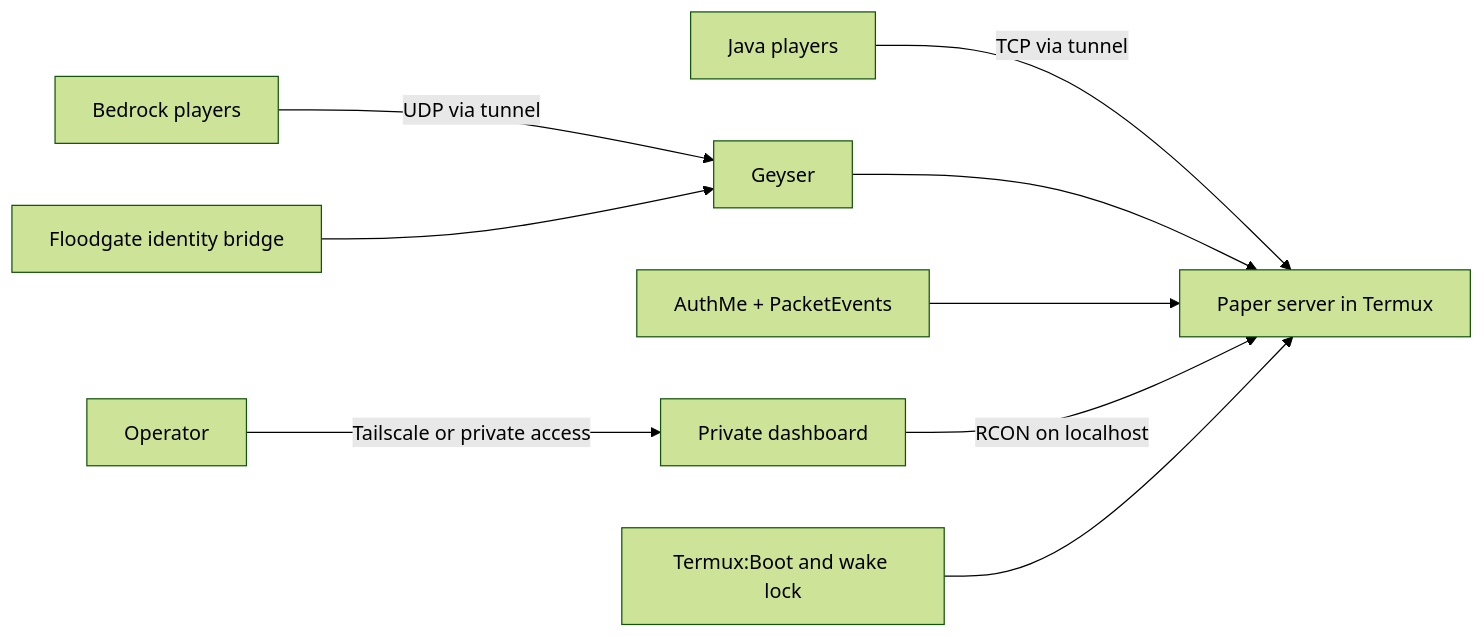
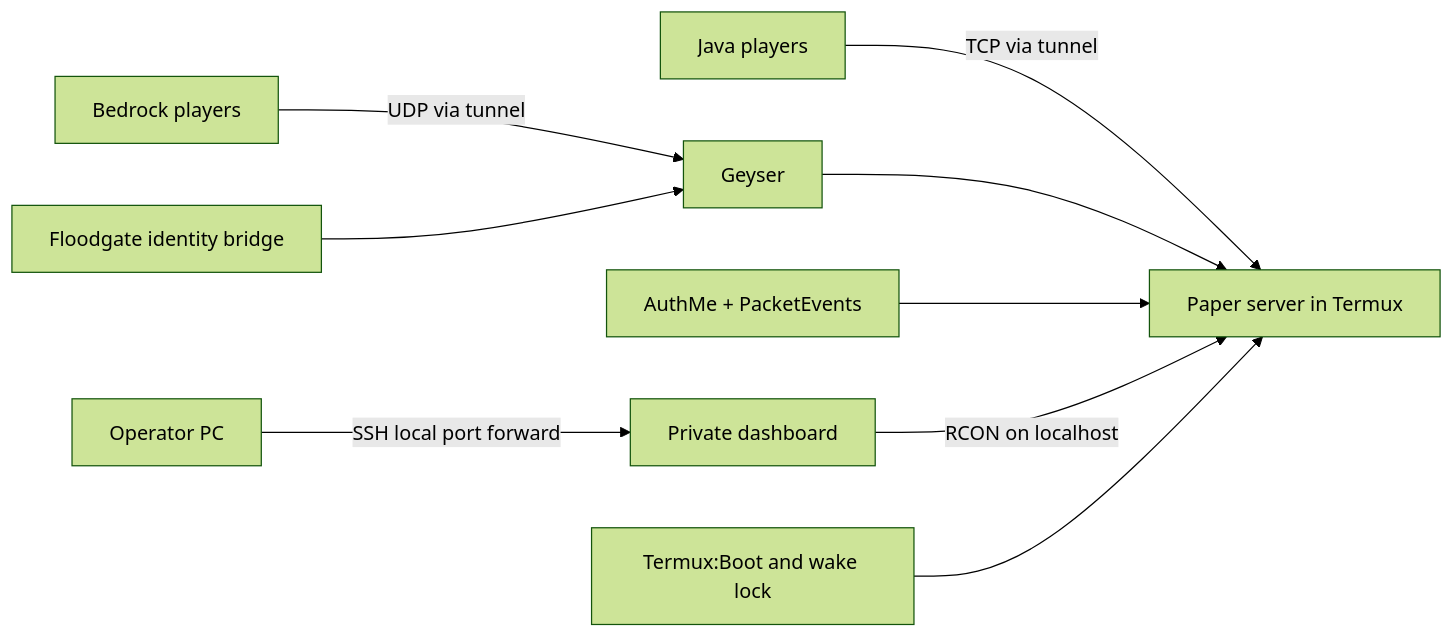
Before and after one commit to Aryadeep2007/minecraft-on-old-phone: the diagram in README.md, drawn with Mermaid (forest theme). The commit also changed other lines of this file and 13 other files, not shown here.

````diff
--- a/README.md
+++ b/README.md
@@ -11,11 +11,11 @@
 ```mermaid
 flowchart LR
   J[Java players] -->|TCP via tunnel| P[Paper server in Termux]
   B[Bedrock players] -->|UDP via tunnel| G[Geyser]
   G --> P
   F[Floodgate identity bridge] --> G
   A[AuthMe + PacketEvents] --> P
   D[Private dashboard] -->|RCON on localhost| P
-  O[Operator] -->|Tailscale or private access| D
+  O[Operator PC] -->|SSH local port forward| D
   T[Termux:Boot and wake lock] --> P
 ```
````
